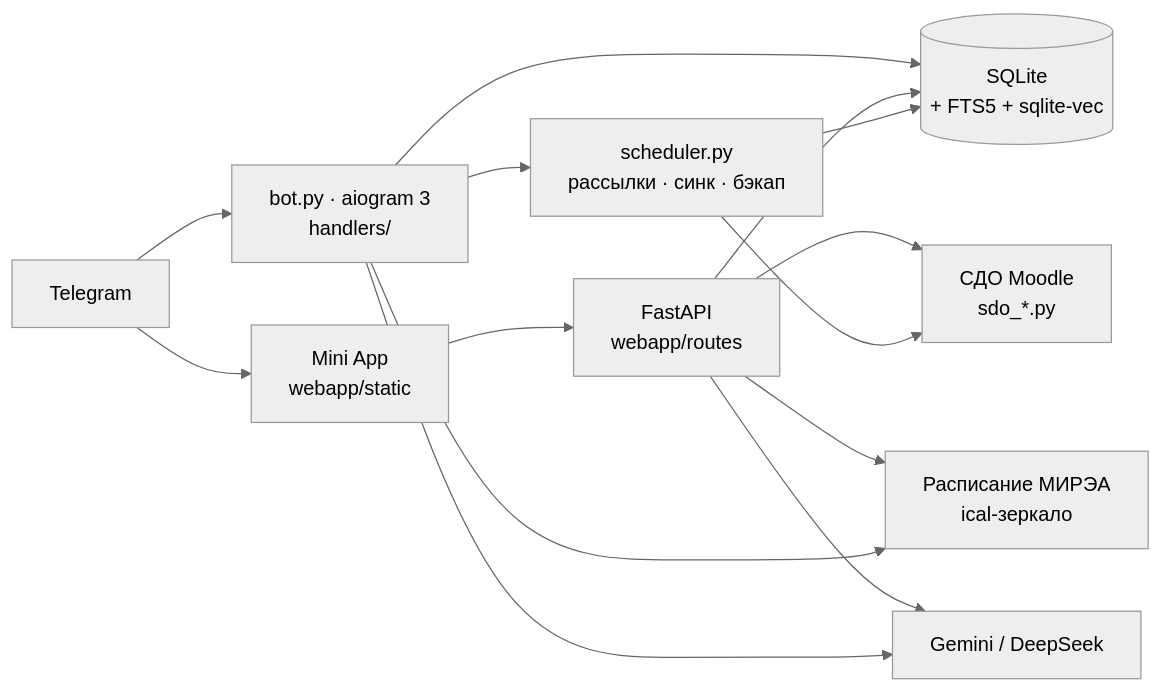
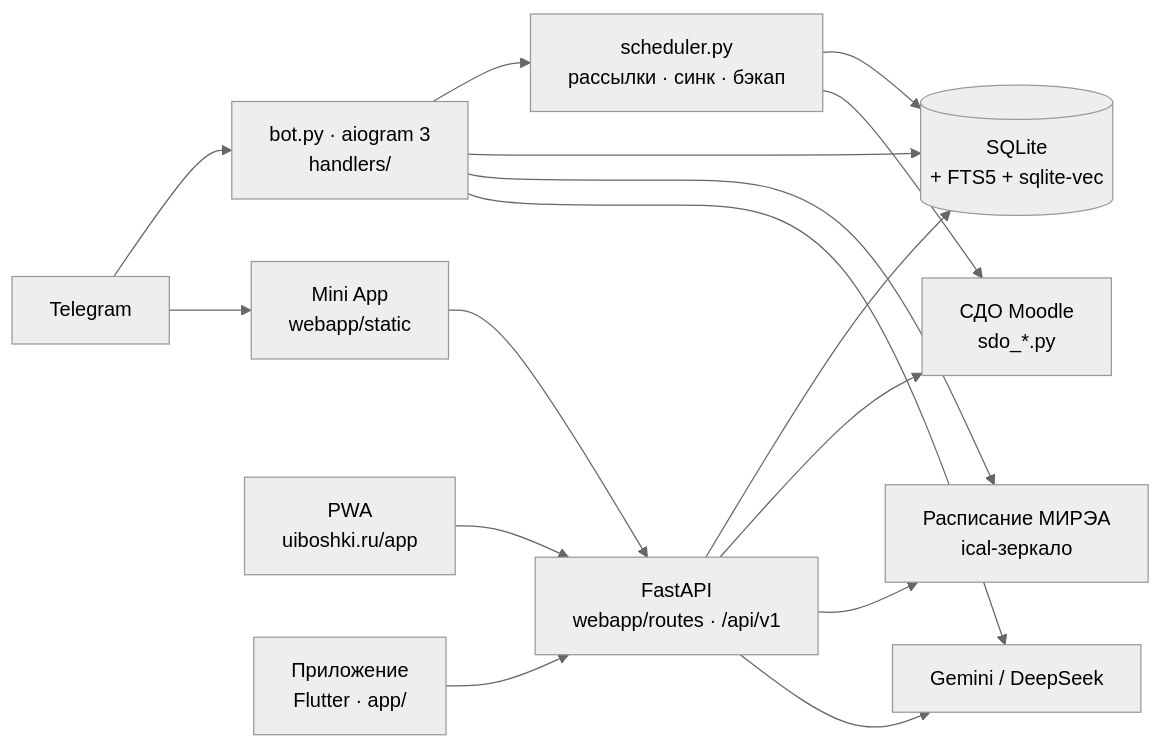
One commit to Deployac/uiboshki-bot changed the diagram in README.md. Above: the diagram before and after it, drawn with Mermaid (neutral theme). The commit also changed other lines of this file and 9 other files, not shown here.

Commit message:
v5.50.0 «Сытин»: про PWA и своё приложение — в боте, WebApp («Ещё → Установить», «Что нового») и README

````diff
--- a/README.md
+++ b/README.md
@@ -146,11 +170,13 @@
 ```mermaid
 flowchart LR
     TG[Telegram] --> BOT["bot.py · aiogram 3<br/>handlers/"]
     TG --> APP["Mini App<br/>webapp/static"]
-    APP --> API["FastAPI<br/>webapp/routes"]
+    WEB["PWA<br/>uiboshki.ru/app"] --> API
+    FL["Приложение<br/>Flutter · app/"] --> API
+    APP --> API["FastAPI<br/>webapp/routes · /api/v1"]
     BOT --> SCH["scheduler.py<br/>рассылки · синк · бэкап"]
     BOT & API & SCH --> DB[("SQLite<br/>+ FTS5 + sqlite-vec")]
     API & SCH --> SDO["СДО Moodle<br/>sdo_*.py"]
     API & BOT --> MIREA["Расписание МИРЭА<br/>ical-зеркало"]
     API & BOT --> AI["Gemini / DeepSeek"]
 ```
````
